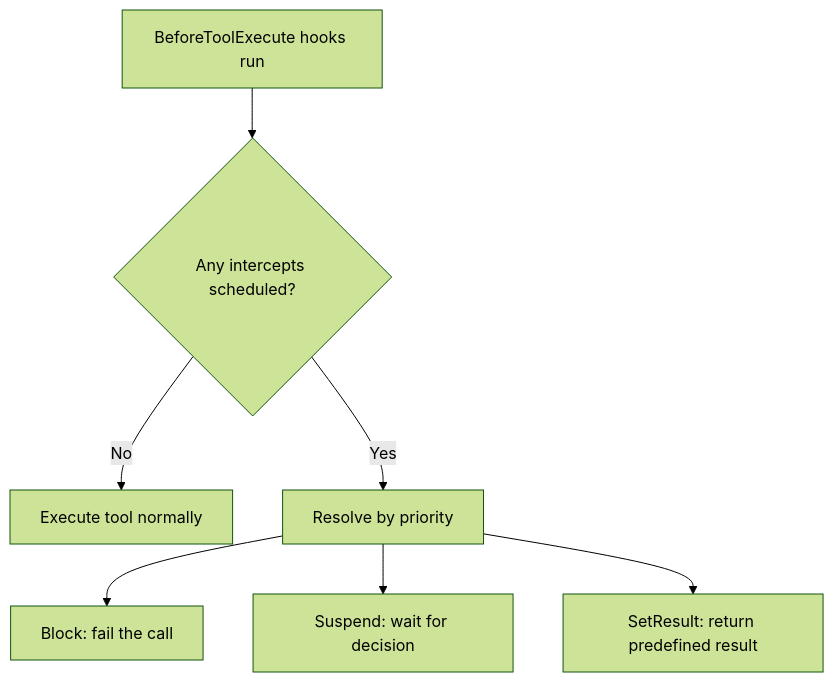
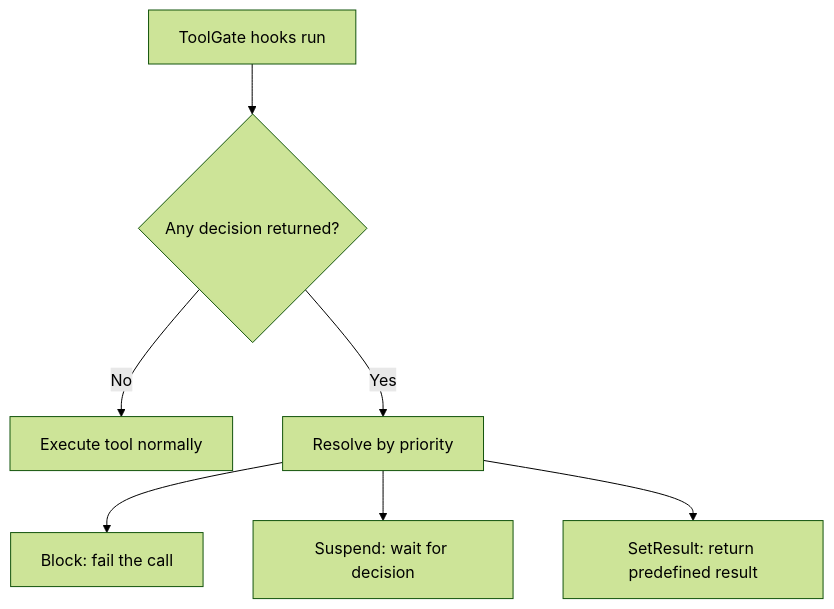
The fourth of 4 diagrams in docs/book/src/explanation/plugin-internals.md (awakenworks/awaken), drawn with Mermaid (forest theme) before and after one commit. The commit also changed other lines of this file and 23 other files, not shown here.

Commit message:
📝 docs(book): sync README and ToolGate docs

````diff
--- a/docs/book/src/explanation/plugin-internals.md
+++ b/docs/book/src/explanation/plugin-internals.md
@@ -212,9 +213,9 @@
 ```mermaid
 flowchart TD
-    BTE[BeforeToolExecute hooks run] --> INT{Any intercepts scheduled?}
+    TG[ToolGate hooks run] --> INT{Any decision returned?}
     INT -- No --> EXEC[Execute tool normally]
     INT -- Yes --> PRI[Resolve by priority]
     PRI --> B[Block: fail the call]
     PRI --> S[Suspend: wait for decision]
     PRI --> R[SetResult: return predefined result]
 ```
````
